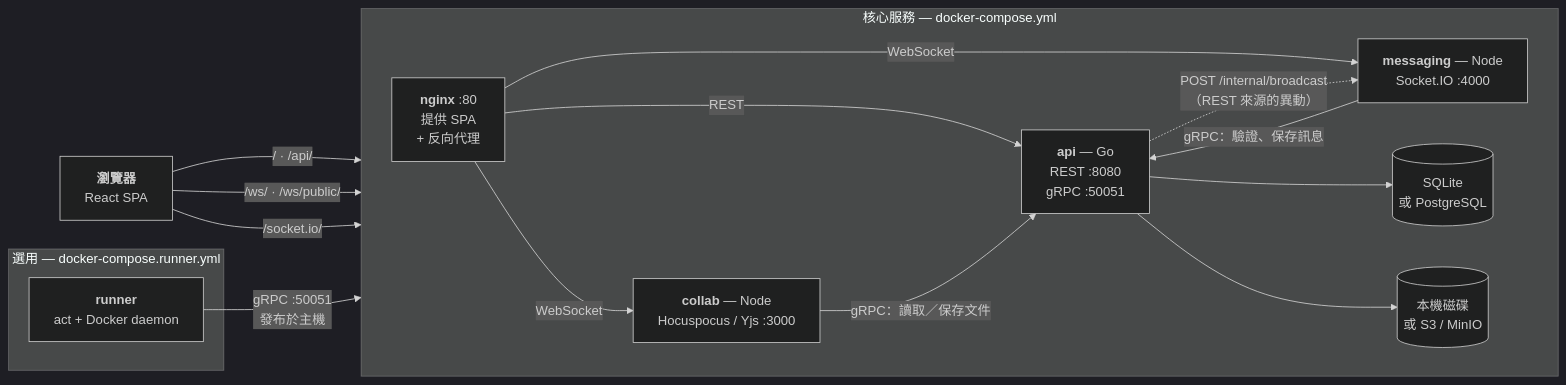
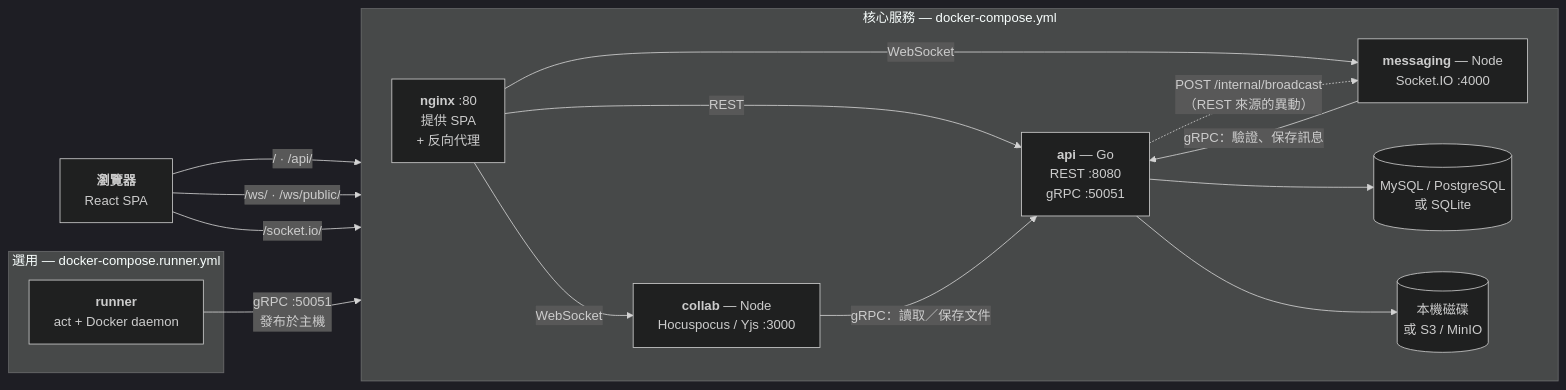
One commit to notomate/notomate changed the diagram in README.zh-TW.md. Above: the diagram before and after it, drawn with Mermaid (dark theme). The commit also changed other lines of this file and 93 other files, not shown here.

````diff
--- a/README.zh-TW.md
+++ b/README.zh-TW.md
@@ -83,35 +111,35 @@
 ```mermaid
 flowchart LR
     browser["<b>瀏覽器</b><br/>React SPA"]
 
     subgraph core["核心服務 — docker-compose.yml"]
         direction LR
         nginx["<b>nginx</b> :80<br/>提供 SPA<br/>+ 反向代理"]
         api["<b>api</b> — Go<br/>REST :8080<br/>gRPC :50051"]
         collab["<b>collab</b> — Node<br/>Hocuspocus / Yjs :3000"]
         messaging["<b>messaging</b> — Node<br/>Socket.IO :4000"]
-        db[("SQLite<br/>或 PostgreSQL")]
+        db[("MySQL / PostgreSQL<br/>或 SQLite")]
         store[("本機磁碟<br/>或 S3 / MinIO")]
     end
 
     subgraph runnerstack["選用 — docker-compose.runner.yml"]
         runner["<b>runner</b><br/>act + Docker daemon"]
     end
 
     browser -->|"/ · /api/"| nginx
     browser -->|"/ws/ · /ws/public/"| nginx
     browser -->|"/socket.io/"| nginx
 
     nginx -->|"REST"| api
     nginx -->|"WebSocket"| collab
     nginx -->|"WebSocket"| messaging
 
     collab -->|"gRPC：讀取／保存文件"| api
     messaging -->|"gRPC：驗證、保存訊息"| api
     api -.->|"POST /internal/broadcast<br/>（REST 來源的異動）"| messaging
 
     api --> db
     api --> store
 
     runner -->|"gRPC :50051<br/>發布於主機"| api
 ```
````
